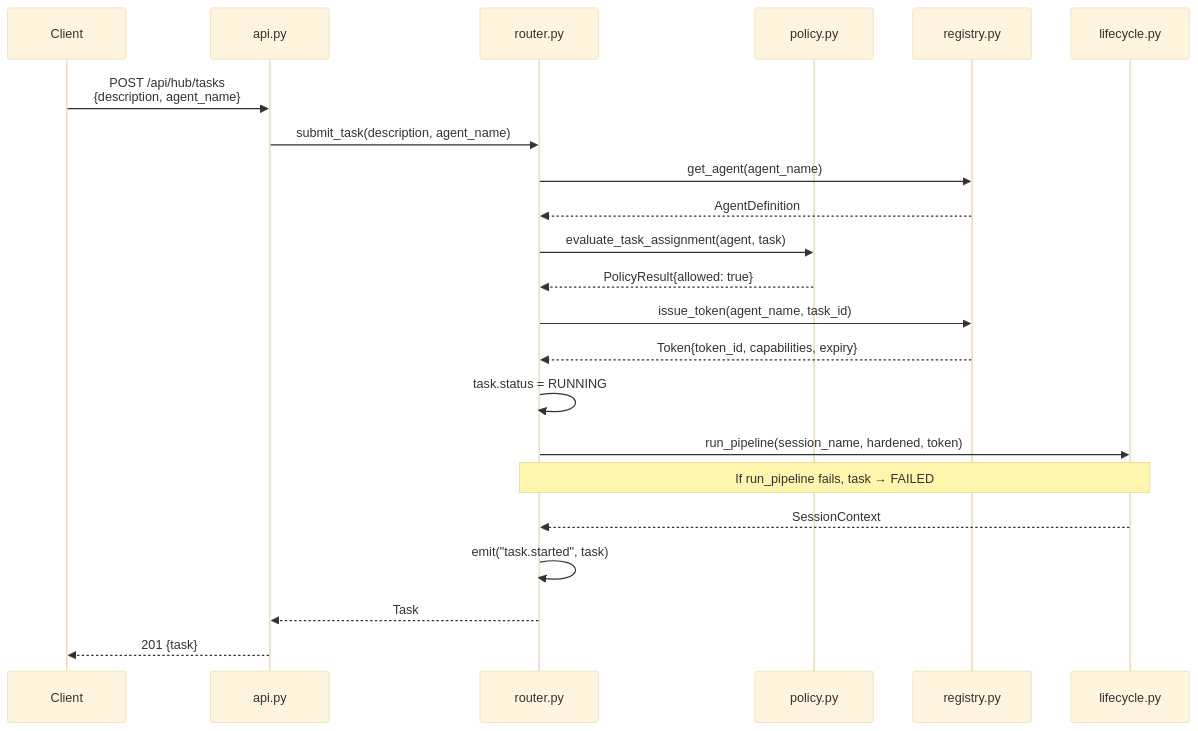
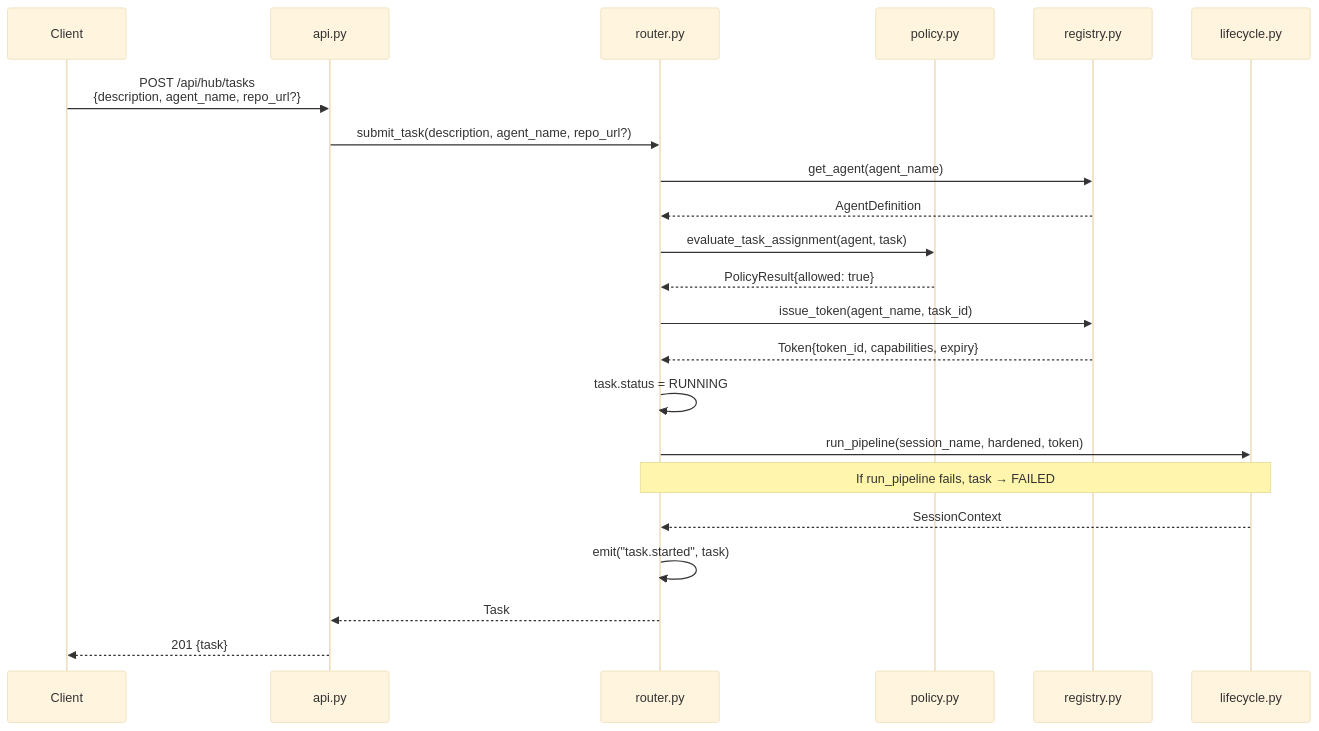
Before and after one commit to neverprepared/ink-bunny: the second of 5 diagrams in docs/brainbox/hub.md, drawn with Mermaid (base theme). The commit also changed other lines of this file and 42 other files, not shown here.

````diff
--- a/docs/brainbox/hub.md
+++ b/docs/brainbox/hub.md
@@ -72,31 +72,31 @@
 ```mermaid
 sequenceDiagram
     participant Client
     participant API as api.py
     participant Router as router.py
     participant Policy as policy.py
     participant Registry as registry.py
     participant LC as lifecycle.py
 
-    Client->>API: POST /api/hub/tasks<br/>{description, agent_name}
-    API->>Router: submit_task(description, agent_name)
+    Client->>API: POST /api/hub/tasks<br/>{description, agent_name, repo_url?}
+    API->>Router: submit_task(description, agent_name, repo_url?)
 
     Router->>Registry: get_agent(agent_name)
     Registry-->>Router: AgentDefinition
 
     Router->>Policy: evaluate_task_assignment(agent, task)
     Policy-->>Router: PolicyResult{allowed: true}
 
     Router->>Registry: issue_token(agent_name, task_id)
     Registry-->>Router: Token{token_id, capabilities, expiry}
 
     Router->>Router: task.status = RUNNING
 
     Router->>LC: run_pipeline(session_name, hardened, token)
     Note over Router,LC: If run_pipeline fails, task → FAILED
     LC-->>Router: SessionContext
 
     Router->>Router: emit("task.started", task)
     Router-->>API: Task
     API-->>Client: 201 {task}
 ```
````
